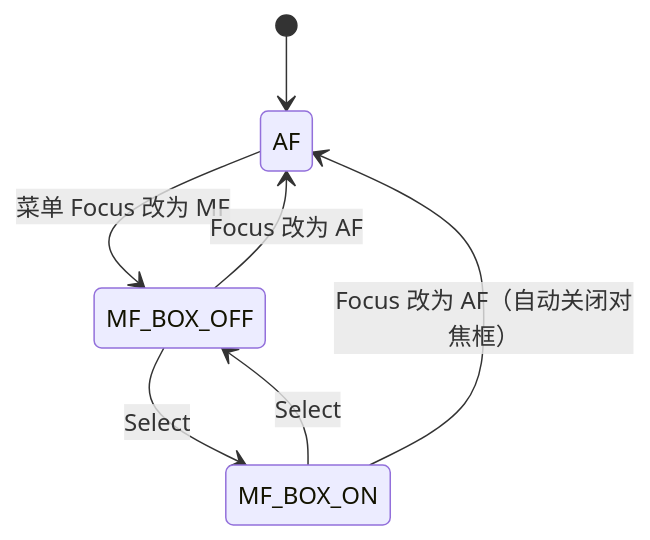
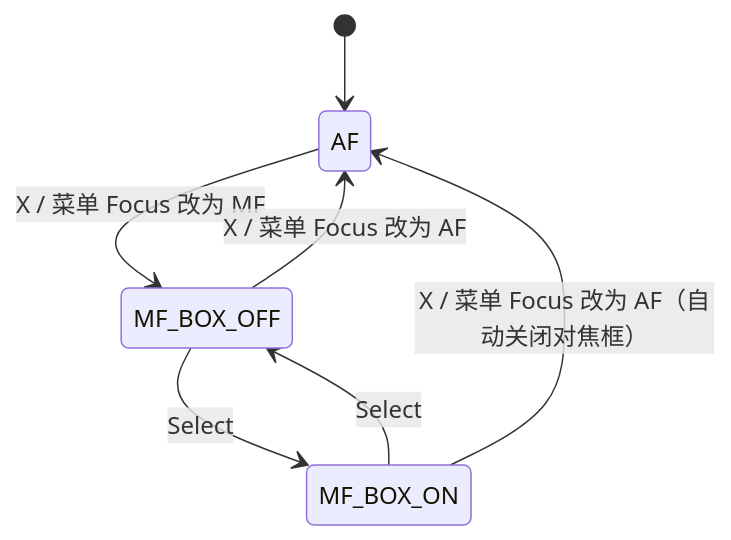
One commit to easymcucourse/esp32_camera_remote changed the second of 2 diagrams in docs/request/gamepad-request.md. Above: the diagram before and after it, drawn with Mermaid. The commit also changed other lines of this file and 36 other files, not shown here.

````diff
--- a/docs/request/gamepad-request.md
+++ b/docs/request/gamepad-request.md
@@ -37,9 +37,9 @@
 ```mermaid
 stateDiagram-v2
     [*] --> AF
-    AF --> MF_BOX_OFF: 菜单 Focus 改为 MF
-    MF_BOX_OFF --> AF: Focus 改为 AF
+    AF --> MF_BOX_OFF: X / 菜单 Focus 改为 MF
+    MF_BOX_OFF --> AF: X / 菜单 Focus 改为 AF
     MF_BOX_OFF --> MF_BOX_ON: Select
     MF_BOX_ON --> MF_BOX_OFF: Select
-    MF_BOX_ON --> AF: Focus 改为 AF（自动关闭对焦框）
+    MF_BOX_ON --> AF: X / 菜单 Focus 改为 AF（自动关闭对焦框）
 ```
````
